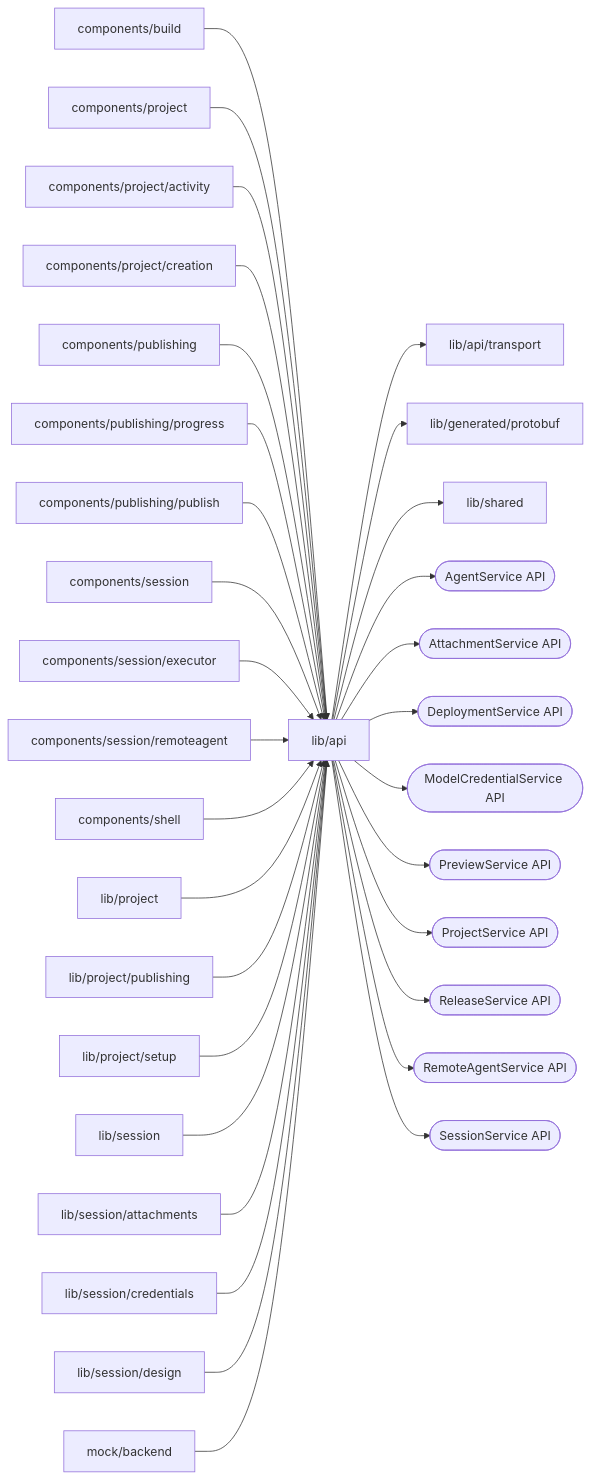
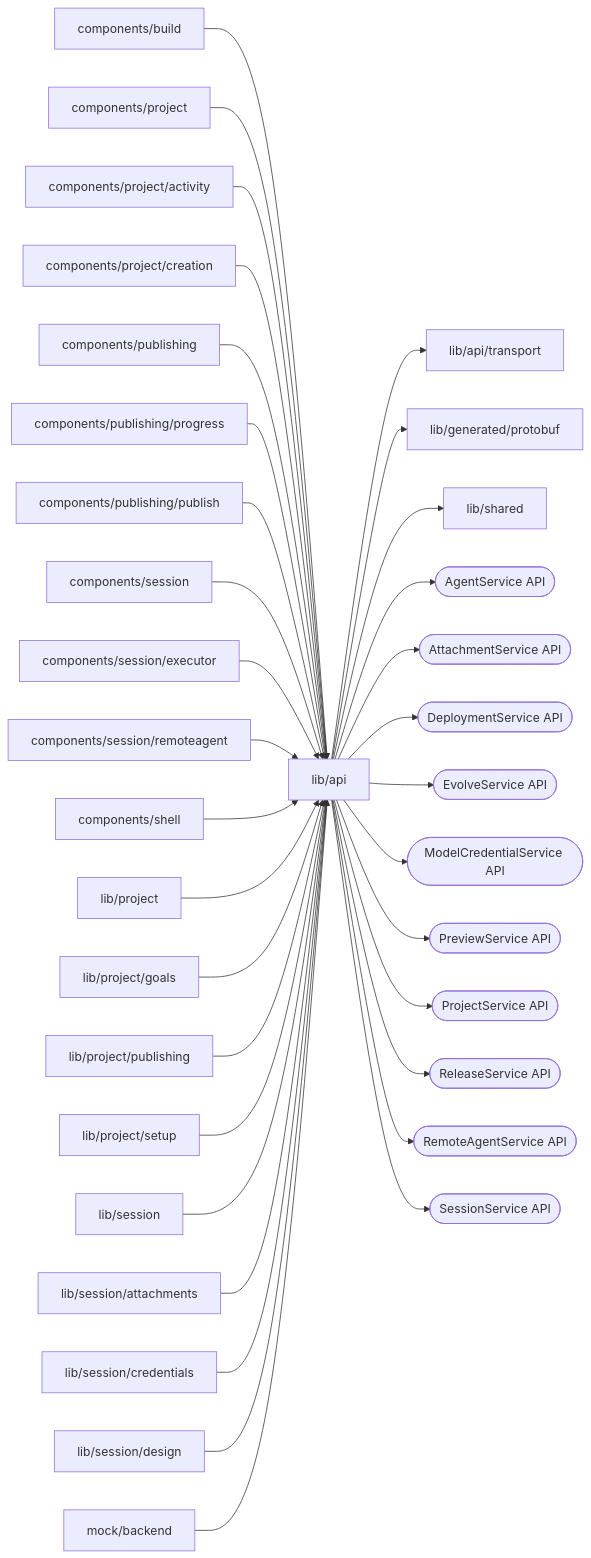
Before and after one commit to superdurable/superverse: the diagram in web/studio/lib/api/README.md, drawn with Mermaid. The commit also changed other lines of this file and 145 other files, not shown here.

````diff
--- a/web/studio/lib/api/README.md
+++ b/web/studio/lib/api/README.md
@@ -10,35 +10,37 @@
 ```mermaid
 flowchart LR
   self["lib/api"]
   c0["components/build"] --> self
   c1["components/project"] --> self
   c2["components/project/activity"] --> self
   c3["components/project/creation"] --> self
   c4["components/publishing"] --> self
   c5["components/publishing/progress"] --> self
   c6["components/publishing/publish"] --> self
   c7["components/session"] --> self
   c8["components/session/executor"] --> self
   c9["components/session/remoteagent"] --> self
   c10["components/shell"] --> self
   c11["lib/project"] --> self
-  c12["lib/project/publishing"] --> self
-  c13["lib/project/setup"] --> self
-  c14["lib/session"] --> self
-  c15["lib/session/attachments"] --> self
-  c16["lib/session/credentials"] --> self
-  c17["lib/session/design"] --> self
-  c18["mock/backend"] --> self
+  c12["lib/project/goals"] --> self
+  c13["lib/project/publishing"] --> self
+  c14["lib/project/setup"] --> self
+  c15["lib/session"] --> self
+  c16["lib/session/attachments"] --> self
+  c17["lib/session/credentials"] --> self
+  c18["lib/session/design"] --> self
+  c19["mock/backend"] --> self
   self --> d0["lib/api/transport"]
   self --> d1["lib/generated/protobuf"]
   self --> d2["lib/shared"]
   self --> e0(["AgentService API"])
   self --> e1(["AttachmentService API"])
   self --> e2(["DeploymentService API"])
-  self --> e3(["ModelCredentialService API"])
-  self --> e4(["PreviewService API"])
-  self --> e5(["ProjectService API"])
-  self --> e6(["ReleaseService API"])
-  self --> e7(["RemoteAgentService API"])
-  self --> e8(["SessionService API"])
+  self --> e3(["EvolveService API"])
+  self --> e4(["ModelCredentialService API"])
+  self --> e5(["PreviewService API"])
+  self --> e6(["ProjectService API"])
+  self --> e7(["ReleaseService API"])
+  self --> e8(["RemoteAgentService API"])
+  self --> e9(["SessionService API"])
 ```
````
